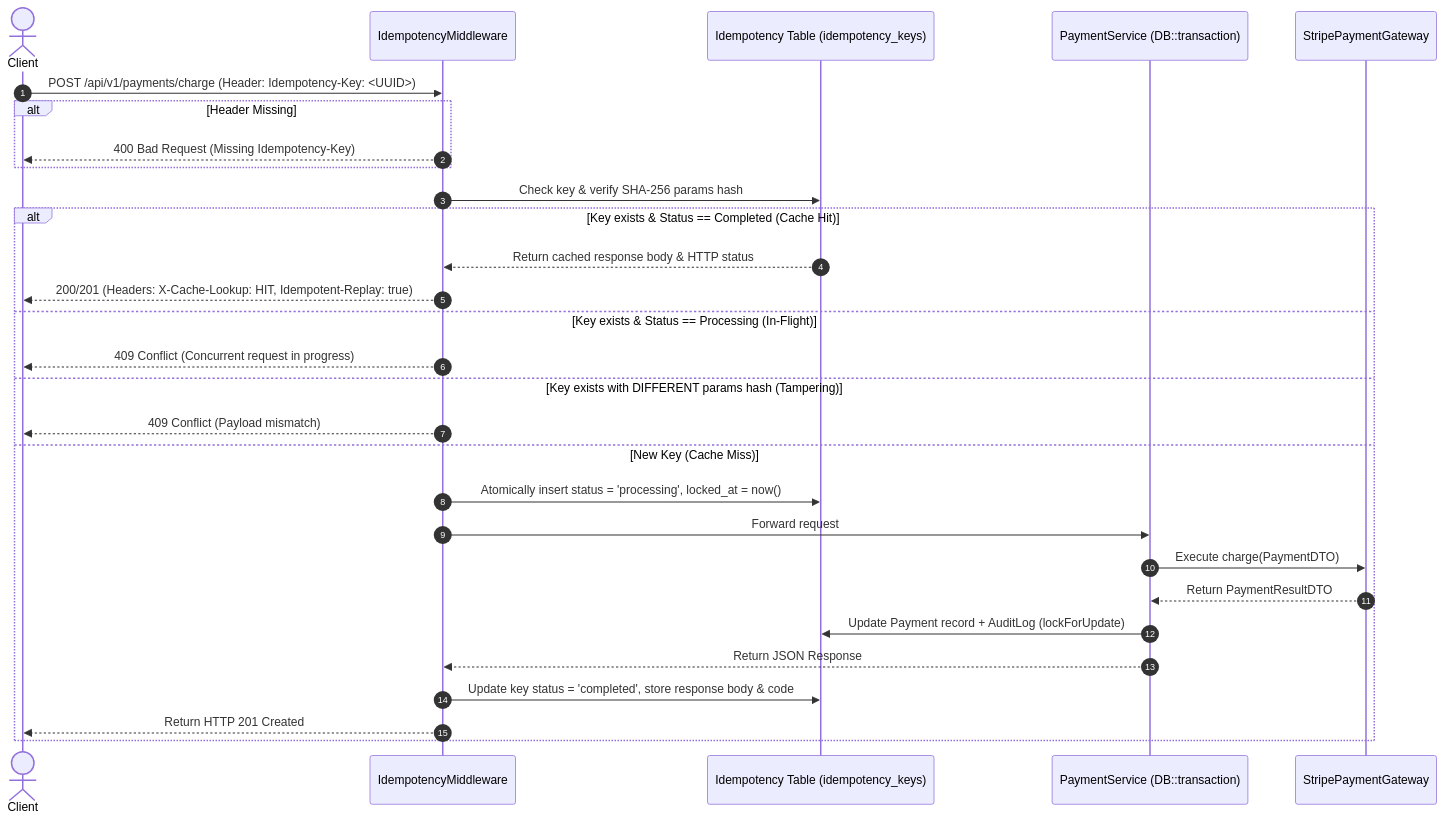
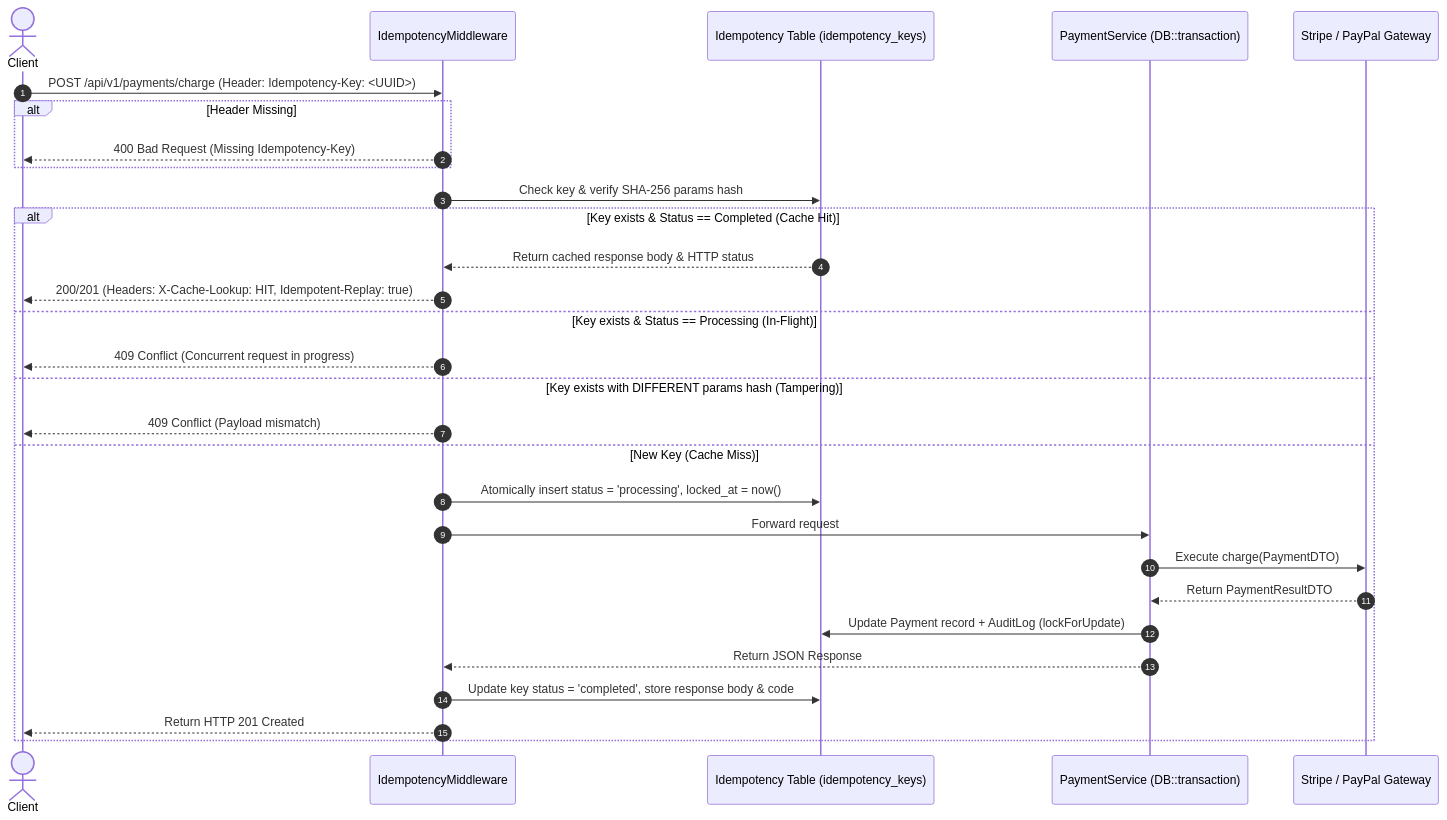
One commit to KasD17/payment-resilient-engine changed the first of 2 diagrams in README.md. Above: the diagram before and after it, drawn with Mermaid. The commit also changed other lines of this file and 9 other files, not shown here.

Commit message:
feat: add CI/CD pipeline, PayPal gateway, DLQ artisan command, seeders and postman collection

````diff
--- a/README.md
+++ b/README.md
@@ -37,33 +40,33 @@
 ```mermaid
 sequenceDiagram
     autonumber
     actor Client
     participant Middleware as IdempotencyMiddleware
     participant DB as Idempotency Table (idempotency_keys)
     participant Service as PaymentService (DB::transaction)
-    participant Gateway as StripePaymentGateway
+    participant Gateway as Stripe / PayPal Gateway
 
     Client->>Middleware: POST /api/v1/payments/charge (Header: Idempotency-Key: <UUID>)
     alt Header Missing
         Middleware-->>Client: 400 Bad Request (Missing Idempotency-Key)
     end
 
     Middleware->>DB: Check key & verify SHA-256 params hash
     alt Key exists & Status == Completed (Cache Hit)
         DB-->>Middleware: Return cached response body & HTTP status
         Middleware-->>Client: 200/201 (Headers: X-Cache-Lookup: HIT, Idempotent-Replay: true)
     else Key exists & Status == Processing (In-Flight)
         Middleware-->>Client: 409 Conflict (Concurrent request in progress)
     else Key exists with DIFFERENT params hash (Tampering)
         Middleware-->>Client: 409 Conflict (Payload mismatch)
     else New Key (Cache Miss)
         Middleware->>DB: Atomically insert status = 'processing', locked_at = now()
         Middleware->>Service: Forward request
         Service->>Gateway: Execute charge(PaymentDTO)
         Gateway-->>Service: Return PaymentResultDTO
         Service->>DB: Update Payment record + AuditLog (lockForUpdate)
         Service-->>Middleware: Return JSON Response
         Middleware->>DB: Update key status = 'completed', store response body & code
         Middleware-->>Client: Return HTTP 201 Created
     end
 ```
````
